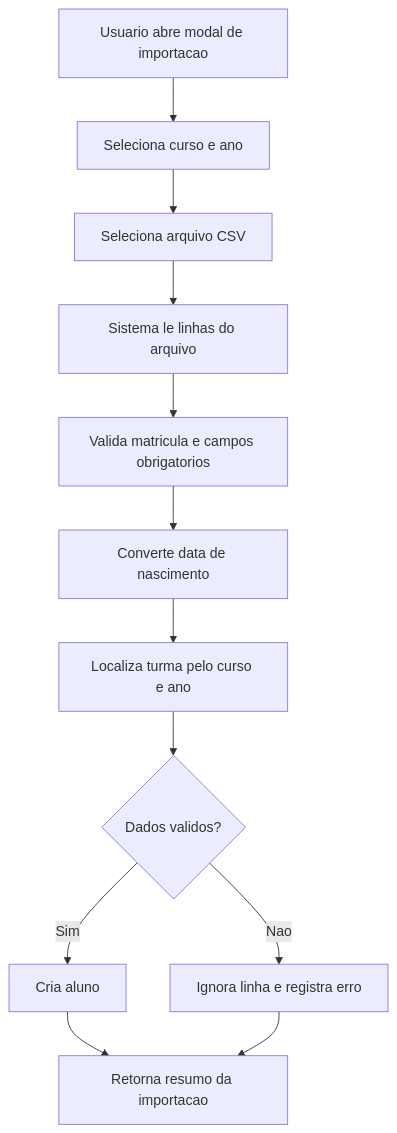
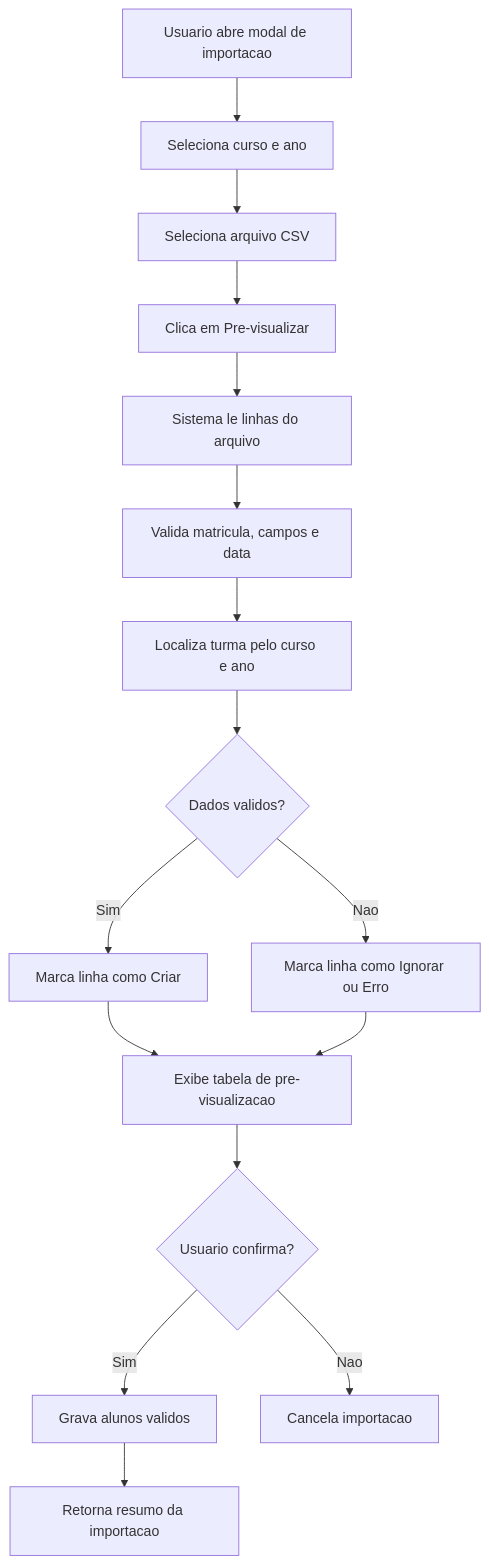
Before and after one commit to david1005/gestao-escolar-virgilio: the first of 5 diagrams in docs/documentacao-projeto.md, drawn with Mermaid. The commit also changed other lines of this file and 3 other files, not shown here.

Commit message:
Adiciona melhorias de importacao linha do tempo relatorios e backups

````diff
--- a/docs/documentacao-projeto.md
+++ b/docs/documentacao-projeto.md
@@ -461,14 +493,18 @@
 ```mermaid
 flowchart TD
     A["Usuario abre modal de importacao"] --> B["Seleciona curso e ano"]
     B --> C["Seleciona arquivo CSV"]
-    C --> D["Sistema le linhas do arquivo"]
-    D --> E["Valida matricula e campos obrigatorios"]
-    E --> F["Converte data de nascimento"]
+    C --> D["Clica em Pre-visualizar"]
+    D --> E["Sistema le linhas do arquivo"]
+    E --> F["Valida matricula, campos e data"]
     F --> G["Localiza turma pelo curso e ano"]
     G --> H{"Dados validos?"}
-    H -- "Sim" --> I["Cria aluno"]
-    H -- "Nao" --> J["Ignora linha e registra erro"]
-    I --> K["Retorna resumo da importacao"]
+    H -- "Sim" --> I["Marca linha como Criar"]
+    H -- "Nao" --> J["Marca linha como Ignorar ou Erro"]
+    I --> K["Exibe tabela de pre-visualizacao"]
     J --> K
+    K --> L{"Usuario confirma?"}
+    L -- "Sim" --> M["Grava alunos validos"]
+    L -- "Nao" --> N["Cancela importacao"]
+    M --> O["Retorna resumo da importacao"]
 ```
````
